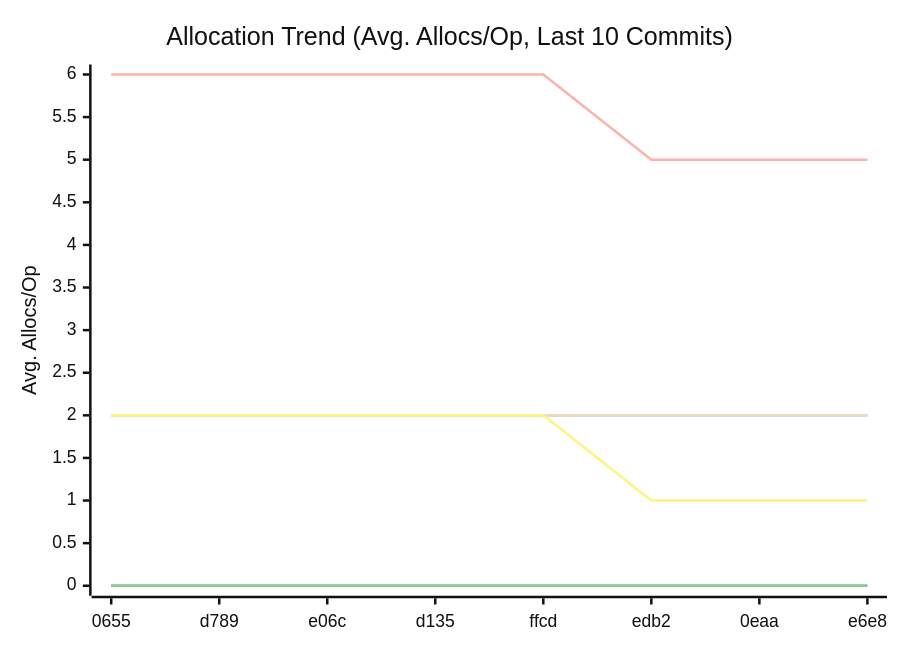
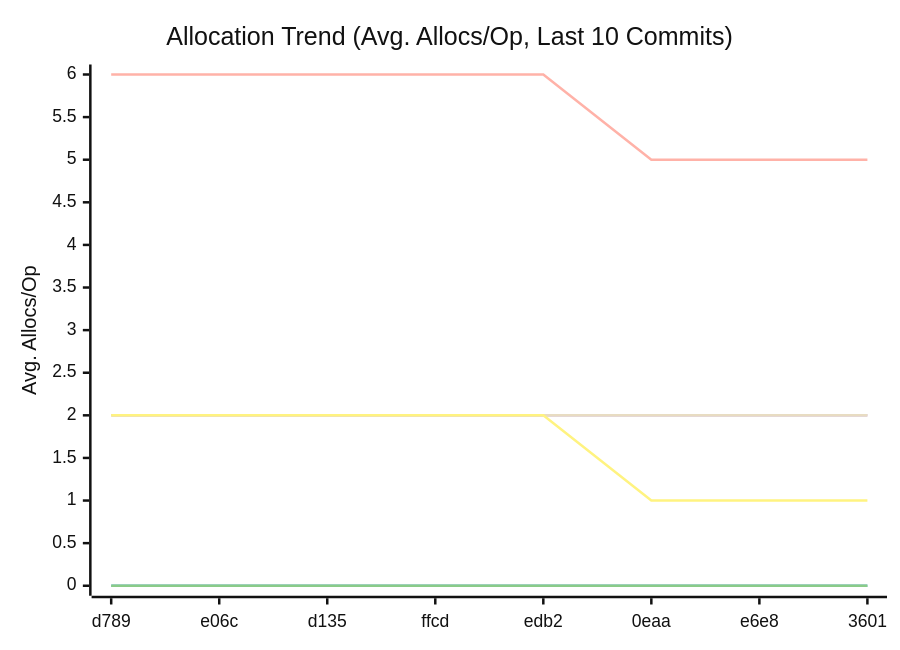
The third of 3 diagrams in docs/README.md (alsotoes/momo), drawn with Mermaid (neutral theme) before and after one commit. The commit also changed other lines of this file and 1 other file, not shown here.

````diff
--- a/docs/README.md
+++ b/docs/README.md
@@ -333,14 +333,14 @@
 ```mermaid
 xychart-beta
     title "Allocation Trend (Avg. Allocs/Op, Last 10 Commits)"
     x-axis "Commit"
     y-axis "Avg. Allocs/Op"
-    x-axis [0655,d789,e06c,d135,ffcd,edb2,0eaa,e6e8]
+    x-axis [d789,e06c,d135,ffcd,edb2,0eaa,e6e8,3601]
     line "CheckMetricsAndSwap" [0,0,0,0,0,0,0,0,0,0]
     line "IndexDirectTracking" [0,0,0,0,0,0,0,0,0,0]
     line "IndexSearch" [0,0,0,0,0,0,0,0,0,0]
     line "LoadGlobalConfig" [2,2,2,2,2,2,2,2,2,2]
     line "PadString" [2,2,2,2,2,2,2,2,2,2]
     line "ParseReplicationOrder_NoPrealloc" [6,6,6,6,6,5,5,5,5,5]
     line "ParseReplicationOrder_Prealloc" [2,2,2,2,2,1,1,1,1,1]
 ```
````
